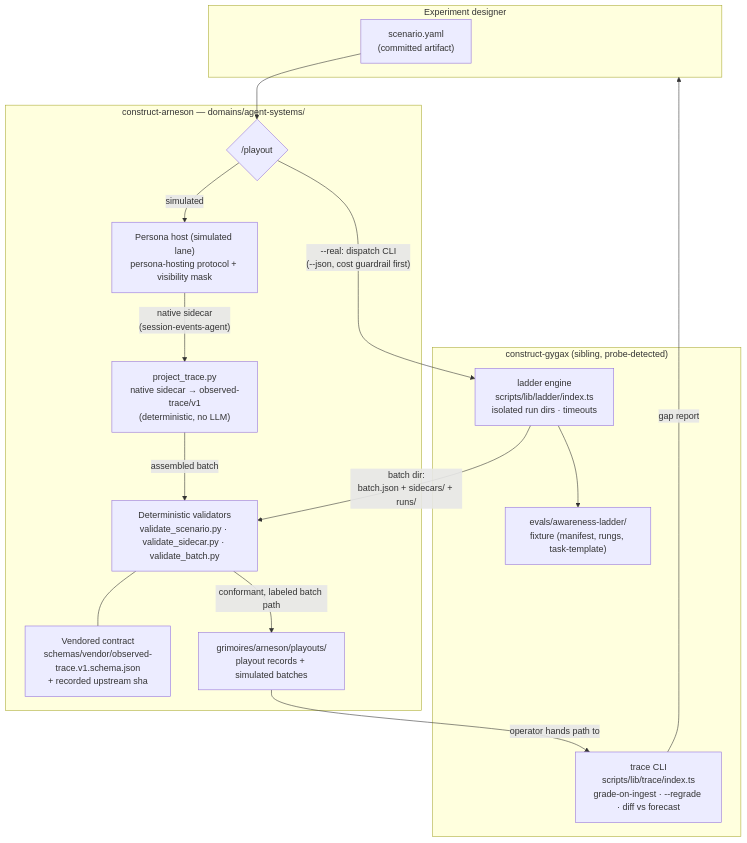
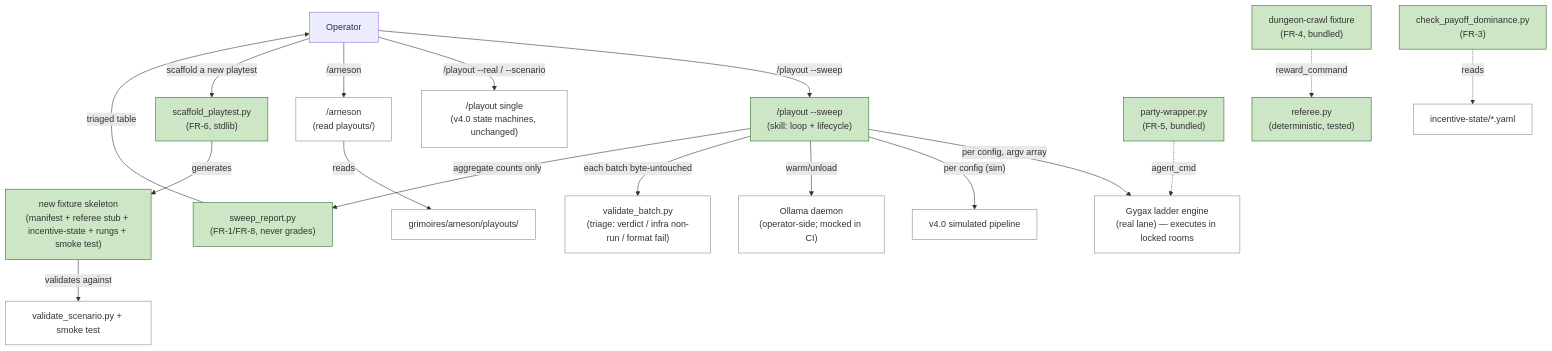
The first of 2 diagrams in grimoires/loa/sdd.md (0xHoneyJar/construct-arneson), drawn with Mermaid before and after one commit. The commit also changed other lines of this file and 16 other files, not shown here.

First line of the commit message:
docs(architect): SDD v4.1 + persist dungeon prototype as the cycle vehicle

````diff
--- a/grimoires/loa/sdd.md
+++ b/grimoires/loa/sdd.md
@@ -68,33 +75,28 @@
 ```mermaid
-flowchart TD
-    subgraph operator["Experiment designer"]
-        SC["scenario.yaml<br/>(committed artifact)"]
-    end
+graph TD
+    OP[Operator] -->|"/playout --sweep"| SWEEP["/playout --sweep<br/>(skill: loop + lifecycle)"]
+    OP -->|"/playout --real / --scenario"| PO["/playout single<br/>(v4.0 state machines, unchanged)"]
+    OP -->|"/arneson"| ARN["/arneson<br/>(read playouts/)"]
+    OP -->|"scaffold a new playtest"| SCAF["scaffold_playtest.py<br/>(FR-6, stdlib)"]
 
-    subgraph arneson["construct-arneson — domains/agent-systems/"]
-        PO{"/playout"}
-        VAL["Deterministic validators<br/>validate_scenario.py · validate_sidecar.py · validate_batch.py"]
-        VEND["Vendored contract<br/>schemas/vendor/observed-trace.v1.schema.json<br/>+ recorded upstream sha"]
-        HOST["Persona host (simulated lane)<br/>persona-hosting protocol + visibility mask"]
-        PROJ["project_trace.py<br/>native sidecar → observed-trace/v1<br/>(deterministic, no LLM)"]
-        REC["grimoires/arneson/playouts/<br/>playout records + simulated batches"]
-    end
+    SWEEP -->|"per config, argv array"| ENG["Gygax ladder engine<br/>(real lane) — executes in locked rooms"]
+    SWEEP -->|"per config (sim)"| SIM["v4.0 simulated pipeline"]
+    SWEEP -->|"warm/unload"| OLL["Ollama daemon<br/>(operator-side; mocked in CI)"]
+    SWEEP -->|"each batch byte-untouched"| VB["validate_batch.py<br/>(triage: verdict / infra non-run / format fail)"]
+    SWEEP -->|"aggregate counts only"| SR["sweep_report.py<br/>(FR-1/FR-8, never grades)"]
+    SR -->|"triaged table"| OP
 
-    subgraph gygax["construct-gygax (sibling, probe-detected)"]
-        ENG["ladder engine<br/>scripts/lib/ladder/index.ts<br/>isolated run dirs · timeouts"]
-        FIX["evals/awareness-ladder/<br/>fixture (manifest, rungs, task-template)"]
-        GRADER["trace CLI<br/>scripts/lib/trace/index.ts<br/>grade-on-ingest · --regrade · diff vs forecast"]
-    end
+    SCAF -->|"generates"| FX["new fixture skeleton<br/>(manifest + referee stub + incentive-state + rungs + smoke test)"]
+    FX -->|"validates against"| GATE["validate_scenario.py + smoke test"]
 
-    SC --> PO
-    PO -->|"--real: dispatch CLI<br/>(--json, cost guardrail first)"| ENG
-    ENG --> FIX
-    ENG -->|"batch dir:<br/>batch.json + sidecars/ + runs/"| VAL
-    PO -->|"simulated"| HOST
-    HOST -->|"native sidecar<br/>(session-events-agent)"| PROJ
-    PROJ -->|"assembled batch"| VAL
-    VAL --- VEND
-    VAL -->|"conformant, labeled batch path"| REC
-    REC -->|"operator hands path to"| GRADER
-    GRADER -->|"gap report"| operator
+    DUN["dungeon-crawl fixture<br/>(FR-4, bundled)"] -.->|"reward_command"| REF["referee.py<br/>(deterministic, tested)"]
+    PARTY["party-wrapper.py<br/>(FR-5, bundled)"] -.->|"agent_cmd"| ENG
+    CHK["check_payoff_dominance.py<br/>(FR-3)"] -.->|"reads"| ISTATE["incentive-state/*.yaml"]
+
+    ARN -->|"reads"| PLOUT["grimoires/arneson/playouts/"]
+
+    classDef new fill:#cde6c5,stroke:#2d6a2d;
+    classDef ext fill:#fff,stroke:#888;
+    class SWEEP,SCAF,SR,FX,DUN,PARTY,CHK,REF new;
+    class PO,SIM,VB,ENG,ARN,OLL,GATE,ISTATE,PLOUT ext;
 ```
````
